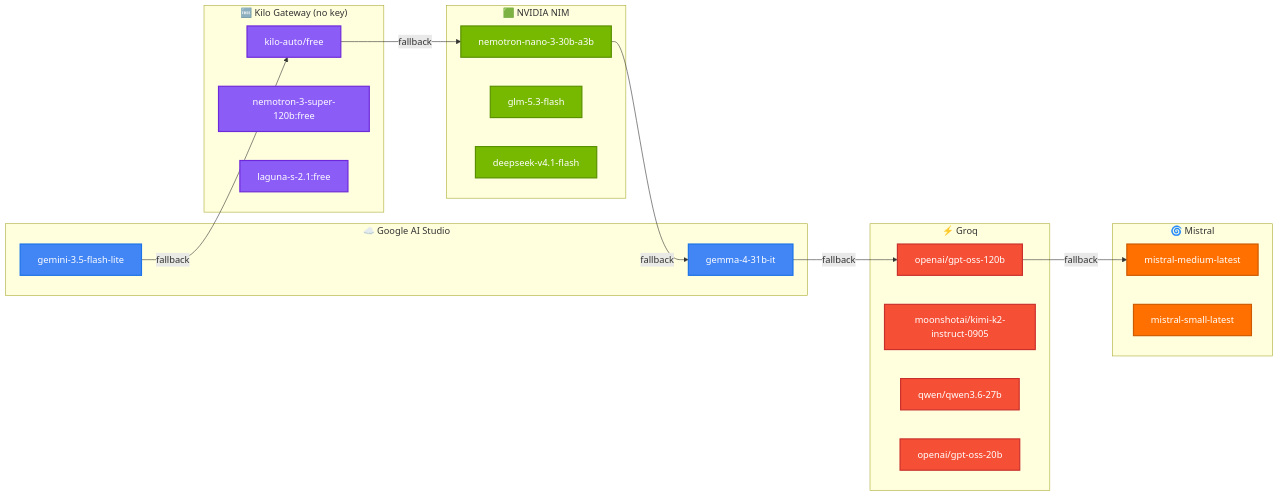
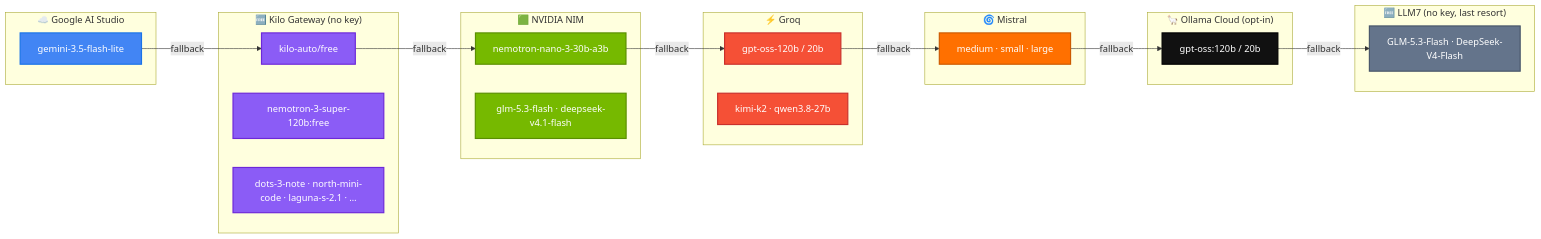
One commit to kvcops/JobHunterX changed the third of 3 diagrams in README.md. Above: the diagram before and after it, drawn with Mermaid. The commit also changed other lines of this file and 30 other files, not shown here.

First line of the commit message:
Document styles, AI chat editor, Gemma 4 removed, optional Ollama Cloud, README refresh

````diff
--- a/README.md
+++ b/README.md
@@ -444,39 +491,38 @@
 ```mermaid
 graph LR
     subgraph Google["☁️ Google AI Studio"]
-        G1["gemma-4-31b-it"]
-        G2["gemini-3.5-flash-lite"]
-    end
-    subgraph Groq["⚡ Groq"]
-        GR1["openai/gpt-oss-120b"]
-        GR2["moonshotai/kimi-k2-instruct-0905"]
-        GR3["qwen/qwen3.6-27b"]
-        GR4["openai/gpt-oss-20b"]
-    end
-    subgraph Mistral["🌀 Mistral"]
-        M1["mistral-medium-latest"]
-        M2["mistral-small-latest"]
+        G1["gemini-3.5-flash-lite"]
     end
     subgraph Kilo["🆓 Kilo Gateway (no key)"]
         K1["kilo-auto/free"]
         K2["nemotron-3-super-120b:free"]
-        K3["laguna-s-2.1:free"]
+        K3["dots-3-note · north-mini-code · laguna-s-2.1 · …"]
     end
     subgraph NIM["🟩 NVIDIA NIM"]
         N1["nemotron-nano-3-30b-a3b"]
-        N2["glm-5.3-flash"]
-        N3["deepseek-v4.1-flash"]
+        N2["glm-5.3-flash · deepseek-v4.1-flash"]
     end
-    G2 -->|fallback| K1 -->|fallback| N1 -->|fallback| G1 -->|fallback| GR1 -->|fallback| M1
+    subgraph Groq["⚡ Groq"]
+        GR1["gpt-oss-120b / 20b"]
+        GR2["kimi-k2 · qwen3.8-27b"]
+    end
+    subgraph Mistral["🌀 Mistral"]
+        M1["medium · small · large"]
+    end
+    subgraph Ollama["🦙 Ollama Cloud (opt-in)"]
+        O1["gpt-oss:120b / 20b"]
+    end
+    subgraph LLM7["🆓 LLM7 (no key, last resort)"]
+        L1["GLM-5.3-Flash · DeepSeek-V4-Flash"]
+    end
+    G1 -->|fallback| K1 -->|fallback| N1 -->|fallback| GR1 -->|fallback| M1 -->|fallback| O1 -->|fallback| L1
 
     classDef google fill:#4285F4,stroke:#1a73e8,color:#fff,stroke-width:2px;
     classDef groq fill:#F55036,stroke:#c9302c,color:#fff,stroke-width:2px;
     classDef mistral fill:#FF7000,stroke:#cc5a00,color:#fff,stroke-width:2px;
     classDef kilo fill:#8B5CF6,stroke:#6d28d9,color:#fff,stroke-width:2px;
     classDef nim fill:#76B900,stroke:#5a8f00,color:#fff,stroke-width:2px;
-    class K1,K2,K3 kilo;
-    class N1,N2,N3 nim;
-    class G1,G2 google;
-    class GR1,GR2,GR3,GR4 groq;
-    class M1,M2 mistral;
+    classDef ollama fill:#111,stroke:#000,color:#fff,stroke-width:2px;
+    classDef llm7 fill:#64748b,stroke:#475569,color:#fff,stroke-width:2px;
+    class K1,K2,K3 kilo; class N1,N2 nim; class G1 google; class GR1,GR2 groq; class M1 mistral; class O1 ollama; class L1 llm7;
 ```
````
